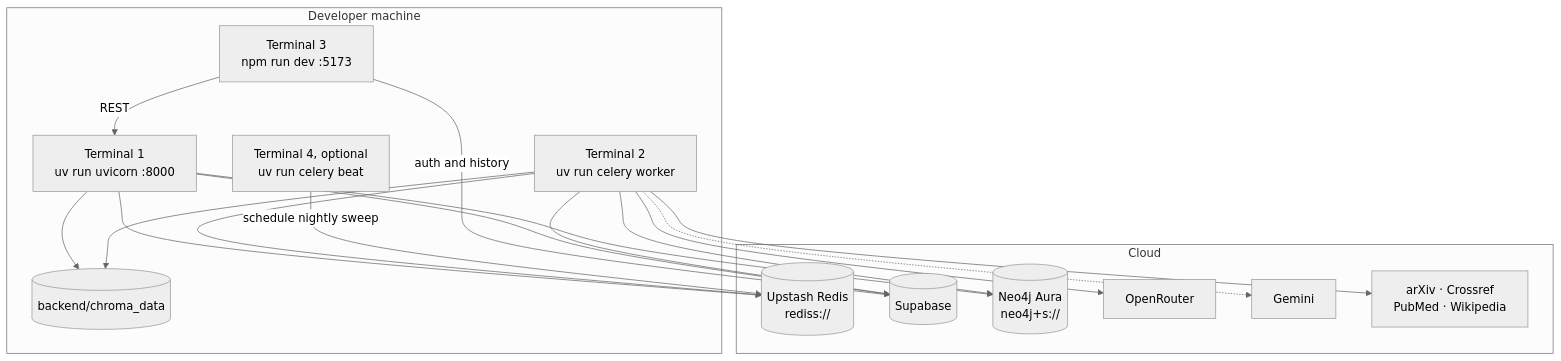
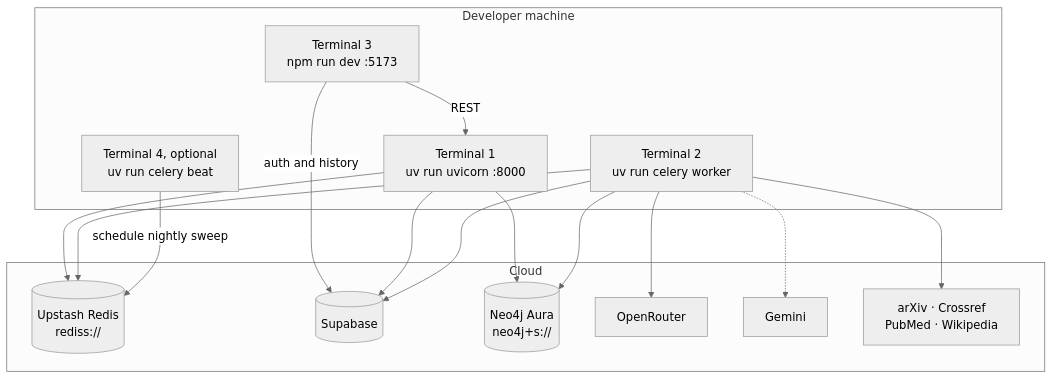
One commit to Rahul-8283/AURA_Data_Driven changed the third of 27 diagrams in README.md. Above: the diagram before and after it, drawn with Mermaid (neutral theme). The commit also changed other lines of this file and 3 other files, not shown here.

````diff
--- a/README.md
+++ b/README.md
@@ -246,34 +246,31 @@
 ```mermaid
 flowchart TB
     subgraph machine["Developer machine"]
         t1["Terminal 1<br/>uv run uvicorn :8000"]
         t2["Terminal 2<br/>uv run celery worker"]
         t3["Terminal 3<br/>npm run dev :5173"]
         t4["Terminal 4, optional<br/>uv run celery beat"]
-        disk[("backend/chroma_data")]
     end
 
     subgraph cloud["Cloud"]
         up[("Upstash Redis<br/>rediss://")]
         sb[("Supabase")]
         n4[("Neo4j Aura<br/>neo4j+s://")]
         orr["OpenRouter"]
         gm["Gemini"]
         src["arXiv · Crossref<br/>PubMed · Wikipedia"]
     end
 
     t3 -->|"REST"| t1
     t3 -->|"auth and history"| sb
     t1 --> up
     t1 --> sb
     t1 --> n4
-    t1 --> disk
     t2 --> up
     t2 --> sb
     t2 --> n4
-    t2 --> disk
     t2 --> orr
     t2 -.-> gm
     t2 --> src
     t4 -->|"schedule nightly sweep"| up
 ```
````
